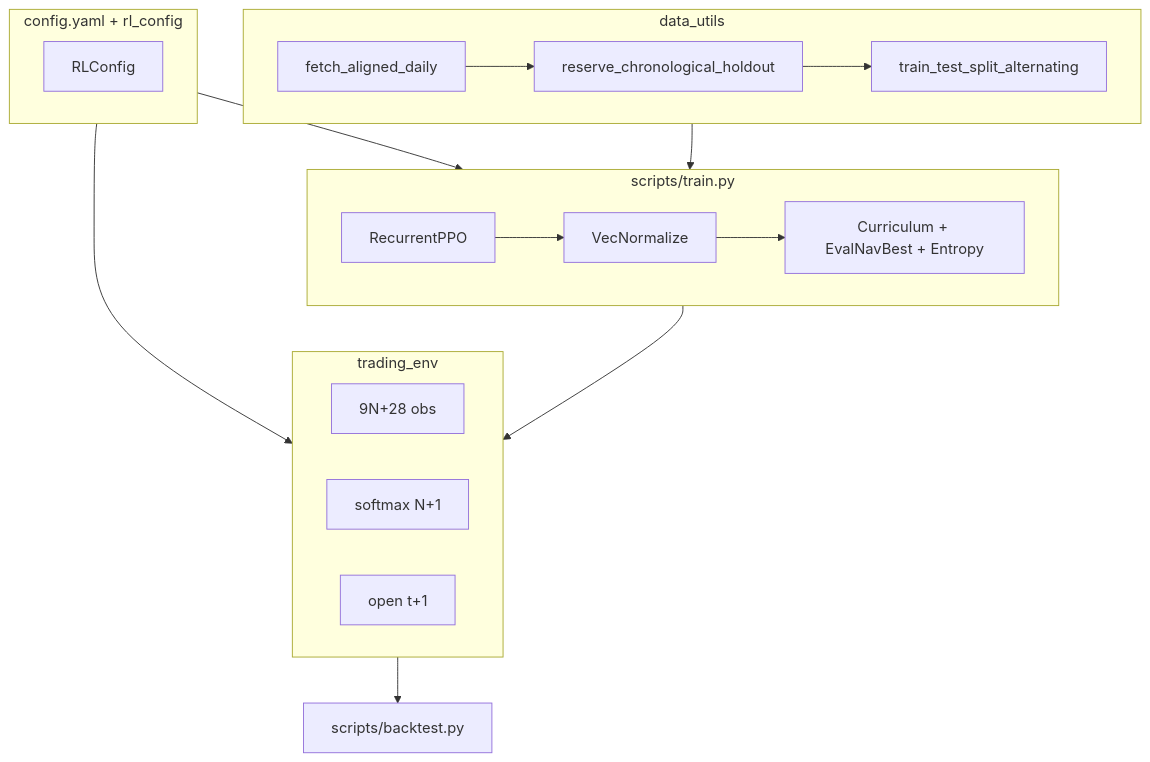
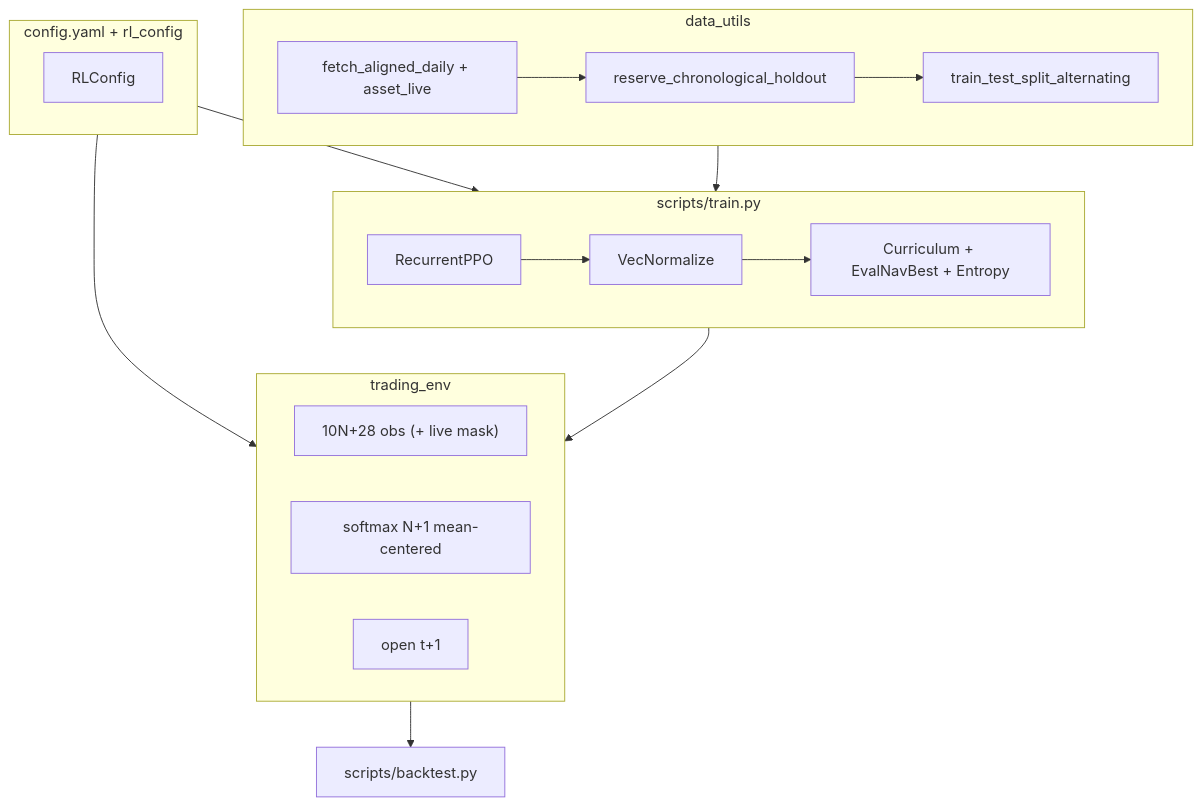
One commit to Maxwell553/RLBot changed the diagram in README.md. Above: the diagram before and after it, drawn with Mermaid. The commit also changed other lines of this file and 25 other files, not shown here.

````diff
--- a/README.md
+++ b/README.md
@@ -52,28 +72,28 @@
 ```mermaid
 flowchart TB
   subgraph cfg [config.yaml + rl_config]
     YAML[RLConfig]
   end
   subgraph data [data_utils]
-    FETCH[fetch_aligned_daily]
+    FETCH[fetch_aligned_daily + asset_live]
     HOLD[reserve_chronological_holdout]
     SPLIT[train_test_split_alternating]
     FETCH --> HOLD --> SPLIT
   end
   subgraph train [scripts/train.py]
     PPO[RecurrentPPO]
     VN[VecNormalize]
     CB[Curriculum + EvalNavBest + Entropy]
     PPO --> VN --> CB
   end
   subgraph env [trading_env]
-    OBS[9N+28 obs]
-    ACT[softmax N+1]
+    OBS["10N+28 obs (+ live mask)"]
+    ACT[softmax N+1 mean-centered]
     EXEC[open t+1]
   end
   cfg --> train
   cfg --> env
   data --> train
   train --> env
   env --> BT[scripts/backtest.py]
 ```
````
